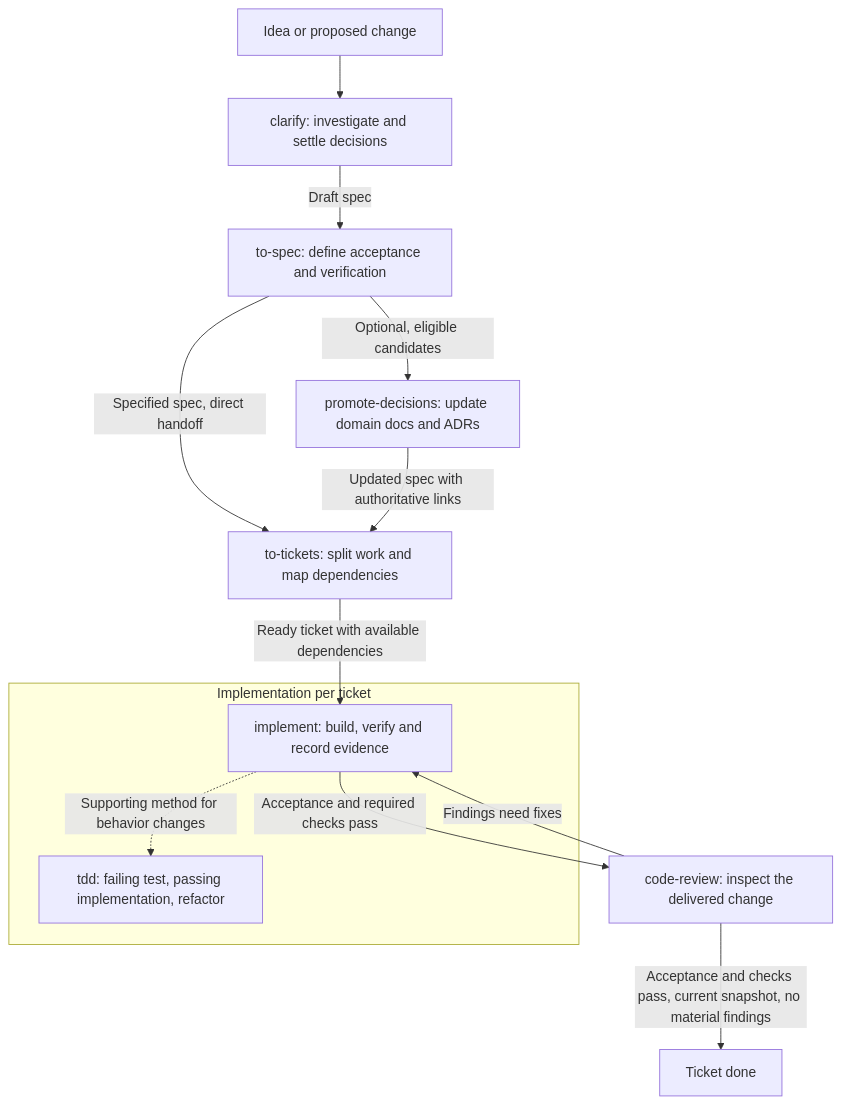
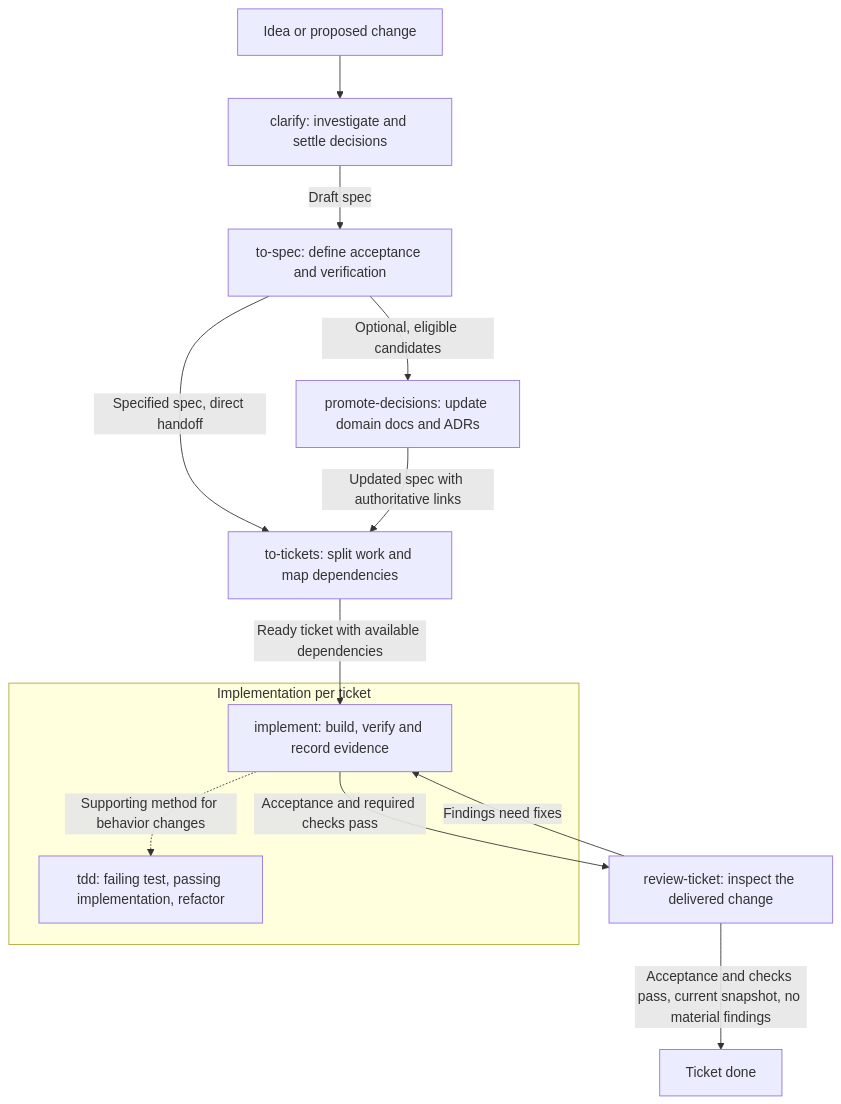
The diagram in README.md (saul91isern/skills), drawn with Mermaid before and after one commit. The commit also changed other lines of this file and 4 other files, not shown here.

Commit message:
fix(workflow): rename code-review to review-ticket

````diff
--- a/README.md
+++ b/README.md
@@ -9,19 +9,19 @@
 ```mermaid
 flowchart TD
     idea["Idea or proposed change"] --> clarify["clarify: investigate and settle decisions"]
     clarify -->|Draft spec| spec["to-spec: define acceptance and verification"]
     spec -->|Specified spec, direct handoff| tickets["to-tickets: split work and map dependencies"]
     spec -->|Optional, eligible candidates| promote["promote-decisions: update domain docs and ADRs"]
     promote -->|Updated spec with authoritative links| tickets
     tickets -->|Ready ticket with available dependencies| implement
 
     subgraph implementation["Implementation per ticket"]
         implement["implement: build, verify and record evidence"]
         tdd["tdd: failing test, passing implementation, refactor"]
         implement -.->|Supporting method for behavior changes| tdd
     end
 
-    implement -->|Acceptance and required checks pass| review["code-review: inspect the delivered change"]
+    implement -->|Acceptance and required checks pass| review["review-ticket: inspect the delivered change"]
     review -->|Findings need fixes| implement
     review -->|Acceptance and checks pass, current snapshot, no material findings| done["Ticket done"]
 ```
````
